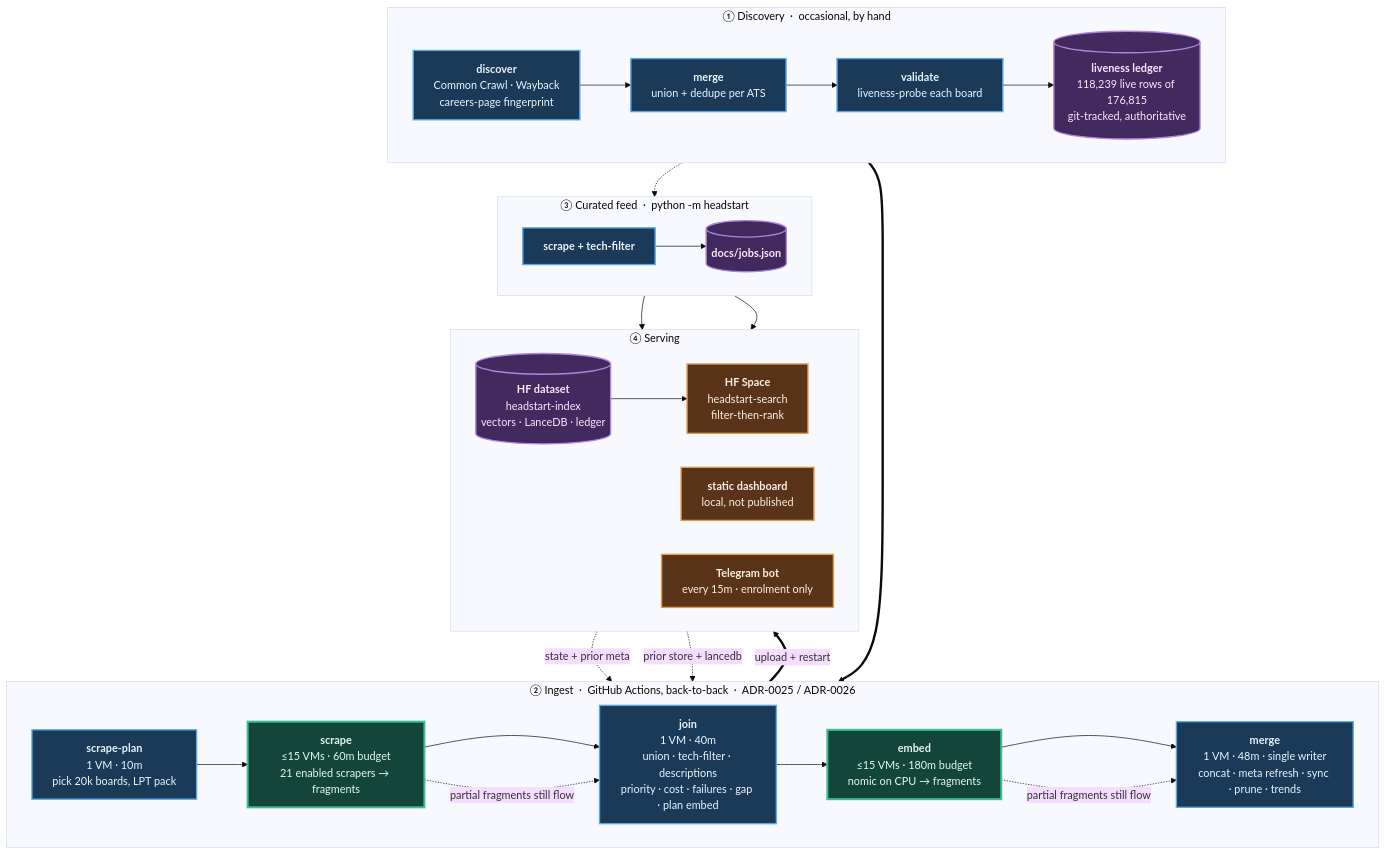
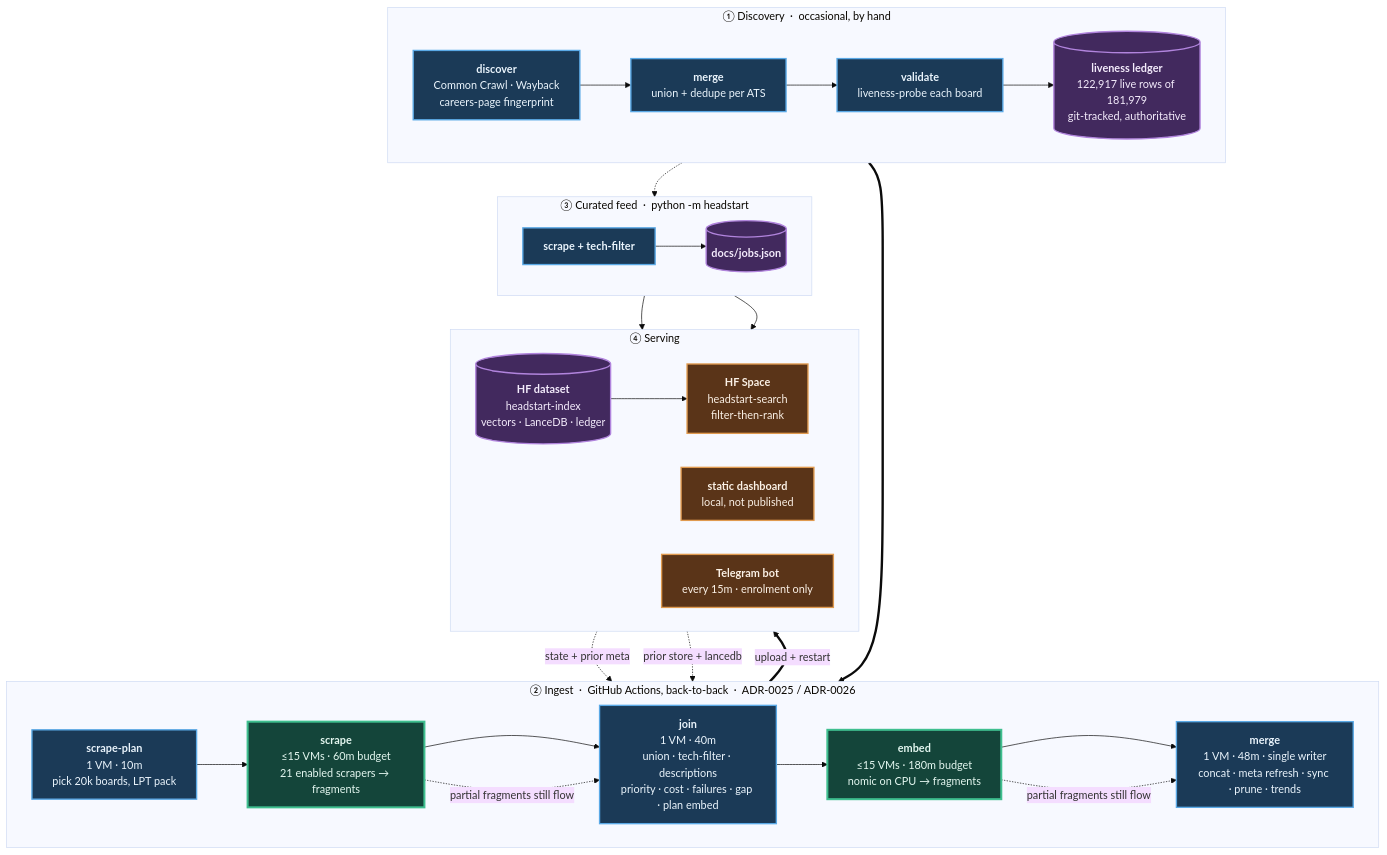
Before and after one commit to sarthakjain004/headstart: the diagram in README.md, drawn with Mermaid (base theme). The commit also changed other lines of this file and 10 other files, not shown here.

````diff
--- a/README.md
+++ b/README.md
@@ -84,56 +84,56 @@
 ```mermaid
 flowchart TB
     subgraph D["① Discovery &nbsp;·&nbsp; occasional, by hand"]
         direction LR
         D1["<b>discover</b><br/>Common Crawl · Wayback<br/>careers-page fingerprint"]
         D2["<b>merge</b><br/>union + dedupe per ATS"]
         D3["<b>validate</b><br/>liveness-probe each board"]
-        D4[("<b>liveness ledger</b><br/>118,239 live rows of 176,815<br/>git-tracked, authoritative")]
+        D4[("<b>liveness ledger</b><br/>122,917 live rows of 181,979<br/>git-tracked, authoritative")]
         D1 --> D2 --> D3 --> D4
     end
 
     subgraph P["② Ingest &nbsp;·&nbsp; GitHub Actions, back-to-back &nbsp;·&nbsp; ADR-0025 / ADR-0026"]
         direction LR
         P1["<b>scrape-plan</b><br/>1 VM · 10m<br/>pick 20k boards, LPT pack"]
         P2["<b>scrape</b><br/>≤15 VMs · 60m budget<br/>21 enabled scrapers → fragments"]
         P3["<b>join</b><br/>1 VM · 40m<br/>union · tech-filter · descriptions<br/>priority · cost · failures · gap · plan embed"]
         P4["<b>embed</b><br/>≤15 VMs · 180m budget<br/>nomic on CPU → fragments"]
         P5["<b>merge</b><br/>1 VM · 48m · single writer<br/>concat · meta refresh · sync · prune · trends"]
         P1 --> P2 --> P3 --> P4 --> P5
     end
 
     subgraph F["③ Curated feed &nbsp;·&nbsp; python -m headstart"]
         direction LR
         F1["<b>scrape + tech-filter</b>"]
         F2[("<b>docs/jobs.json</b>")]
         F1 --> F2
     end
 
     subgraph S["④ Serving"]
         direction LR
         S1[("<b>HF dataset</b><br/>headstart-index<br/>vectors · LanceDB · ledger")]
         S2["<b>HF Space</b><br/>headstart-search<br/>filter-then-rank"]
         S3["<b>static dashboard</b><br/>local, not published"]
         S4["<b>Telegram bot</b><br/>every 15m · enrolment only"]
         S1 --> S2
     end
 
     D4 ==> P1
     S1 -. "state + prior meta" .-> P1
     S1 -. "prior store + lancedb" .-> P5
     D4 -.-> F1
     P5 ==>|"upload + restart"| S1
     F2 --> S3
     F2 --> S4
     P2 -. "partial fragments still flow" .-> P3
     P4 -. "partial fragments still flow" .-> P5
 
     classDef serial fill:#1b3a57,stroke:#5aa9e6,stroke-width:2px,color:#eaf4fc
     classDef fan fill:#14453a,stroke:#3fbf8f,stroke-width:3px,color:#e4f7f0
     classDef store fill:#42295e,stroke:#b184dd,stroke-width:2px,color:#f4ecfc
     classDef serve fill:#5a3418,stroke:#e09a4f,stroke-width:2px,color:#fbf1e6
     class D1,D2,D3,P1,P3,P5,F1 serial
     class P2,P4 fan
     class D4,F2,S1 store
     class S2,S3,S4 serve
 ```
````
